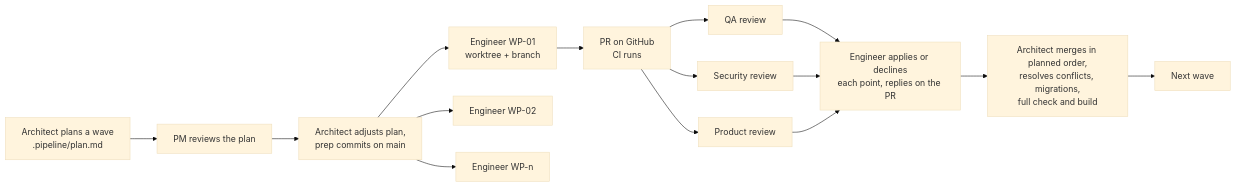
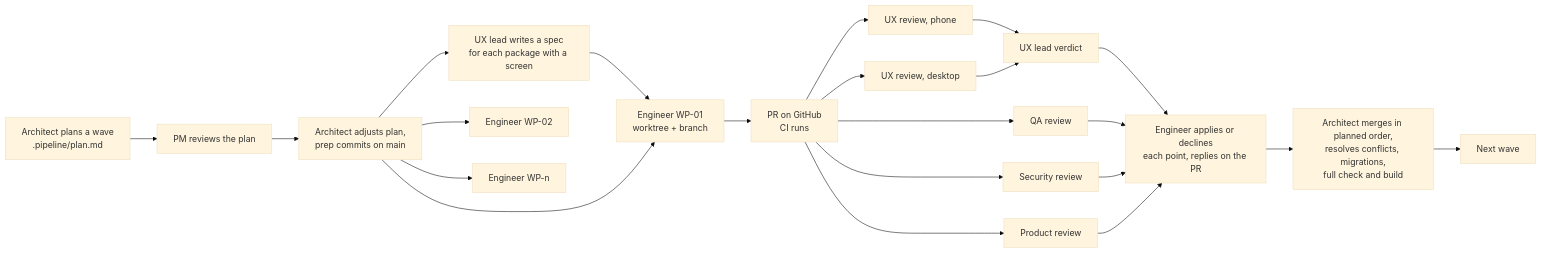
Before and after one commit to kenneth-yu/trip-planner: the first of 2 diagrams in docs/PIPELINE.md, drawn with Mermaid (base theme). The commit also changed other lines of this file and 2 other files, not shown here.

First line of the commit message:
Add the UX lead and UX reviewer roles to the pipeline

````diff
--- a/docs/PIPELINE.md
+++ b/docs/PIPELINE.md
@@ -15,17 +17,24 @@
 ```mermaid
 flowchart LR
   A[Architect plans a wave<br/>.pipeline/plan.md] --> PM0[PM reviews the plan]
   PM0 --> A2[Architect adjusts plan,<br/>prep commits on main]
+  A2 --> UXS[UX lead writes a spec<br/>for each package with a screen]
+  UXS --> E1
   A2 --> E1[Engineer WP-01<br/>worktree + branch]
   A2 --> E2[Engineer WP-02]
   A2 --> E3[Engineer WP-n]
   E1 --> PR1[PR on GitHub<br/>CI runs]
   PR1 --> QA[QA review]
   PR1 --> SEC[Security review]
   PR1 --> PMR[Product review]
+  PR1 --> UXP[UX review, phone]
+  PR1 --> UXD[UX review, desktop]
+  UXP --> UXL[UX lead verdict]
+  UXD --> UXL
+  UXL --> R
   QA --> R[Engineer applies or declines<br/>each point, replies on the PR]
   SEC --> R
   PMR --> R
   R --> M[Architect merges in planned order,<br/>resolves conflicts, migrations,<br/>full check and build]
   M --> NEXT[Next wave]
 ```
````
